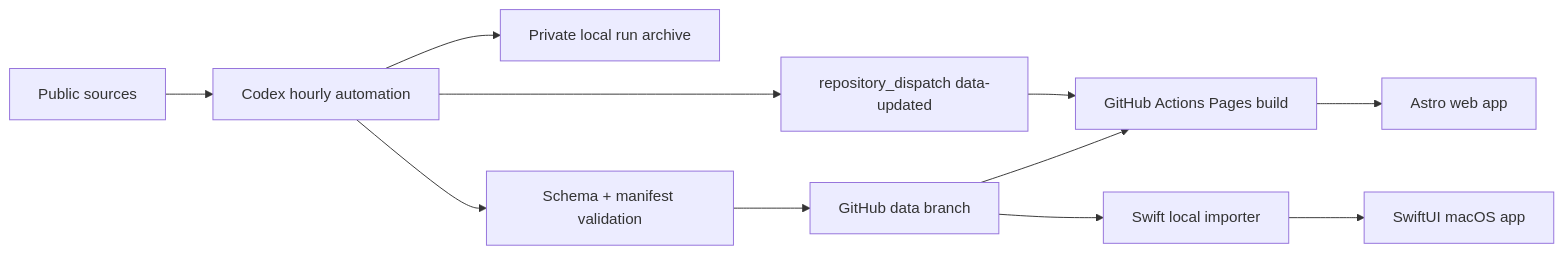
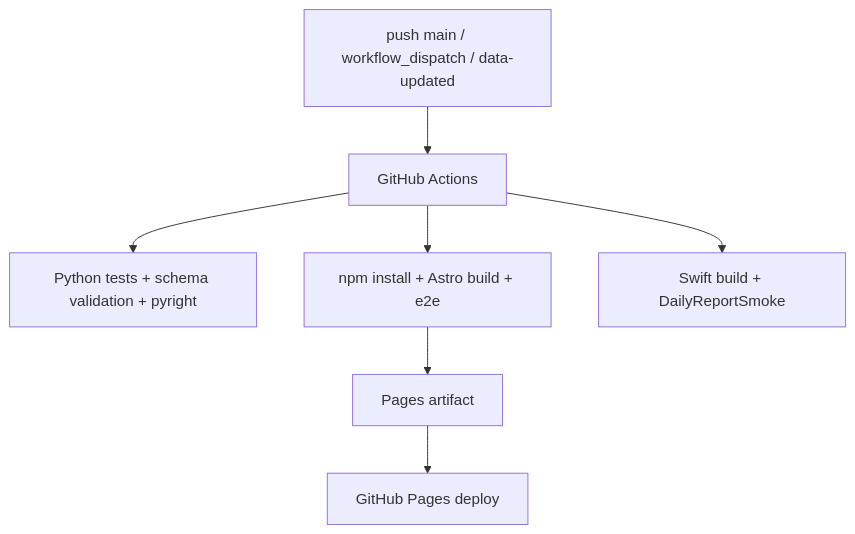
Before and after one commit to ABromide/daily-report-app: the fifth of 5 diagrams in docs/architecture.md, drawn with Mermaid. The commit also changed other lines of this file and 1 other file, not shown here.

Commit message:
Refactor README and architecture docs

````diff
--- a/docs/architecture.md
+++ b/docs/architecture.md
@@ -40,13 +133,9 @@
 ```mermaid
-flowchart LR
-  Sources["Public sources"] --> Codex["Codex hourly automation"]
-  Codex --> LocalArchive["Private local run archive"]
-  Codex --> Validator["Schema + manifest validation"]
-  Validator --> DataBranch["GitHub data branch"]
-  DataBranch --> Pages["GitHub Actions Pages build"]
-  Codex --> Dispatch["repository_dispatch data-updated"]
-  Dispatch --> Pages
-  DataBranch --> MacSync["Swift local importer"]
-  Pages --> Web["Astro web app"]
-  MacSync --> Mac["SwiftUI macOS app"]
+flowchart TD
+  Push["push main / workflow_dispatch / data-updated"] --> CI["GitHub Actions"]
+  CI --> Python["Python tests + schema validation + pyright"]
+  CI --> Web["npm install + Astro build + e2e"]
+  CI --> Swift["Swift build + DailyReportSmoke"]
+  Web --> Pages["Pages artifact"]
+  Pages --> Deploy["GitHub Pages deploy"]
 ```
````
